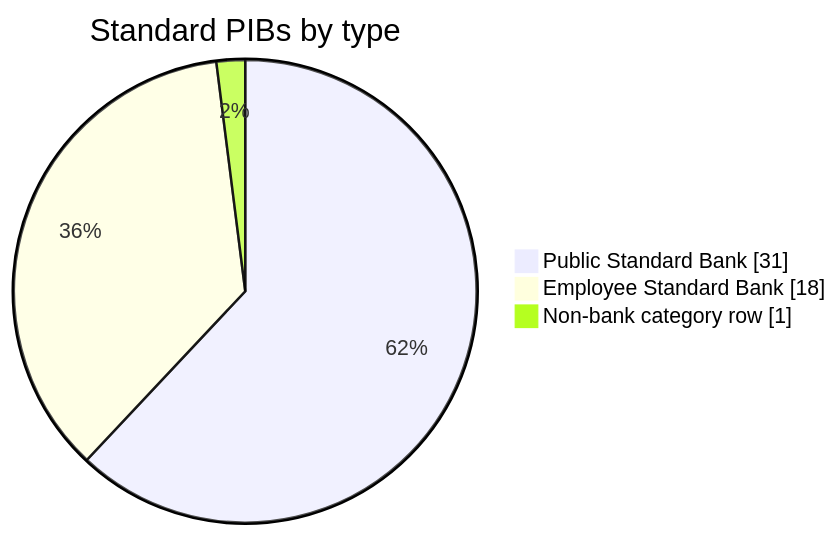
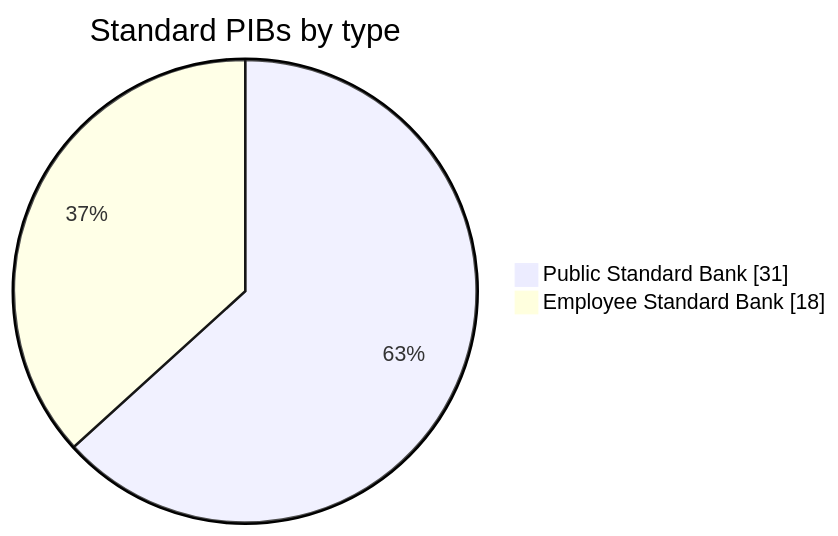
The second of 2 diagrams in README.md (PatLittle/pibs), drawn with Mermaid before and after one commit. The commit also changed other lines of this file and 11 other files, not shown here.

````diff
--- a/README.md
+++ b/README.md
@@ -31,7 +35,6 @@
 ```mermaid
 pie showData
     title Standard PIBs by type
     "Public Standard Bank" : 31
     "Employee Standard Bank" : 18
-    "Non-bank category row" : 1
 ```
````
